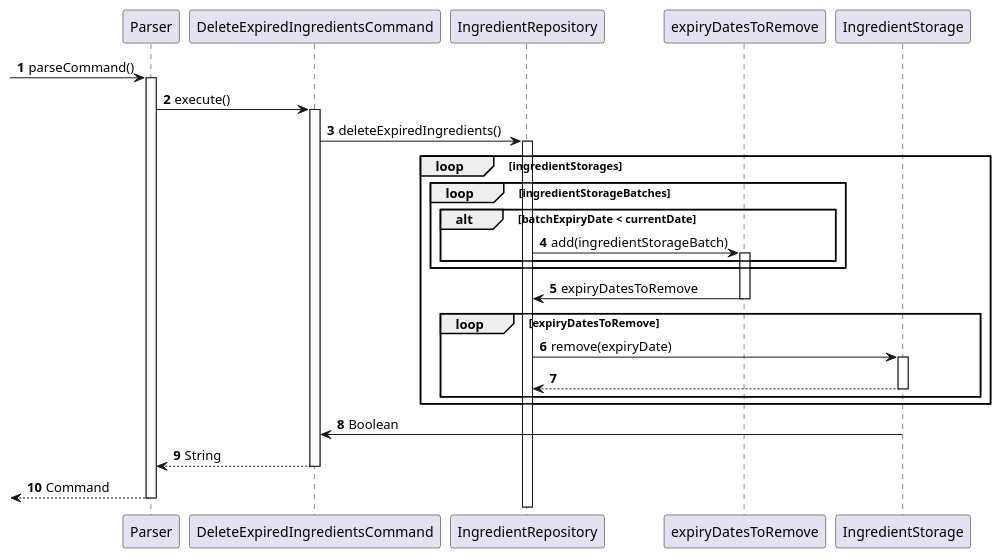
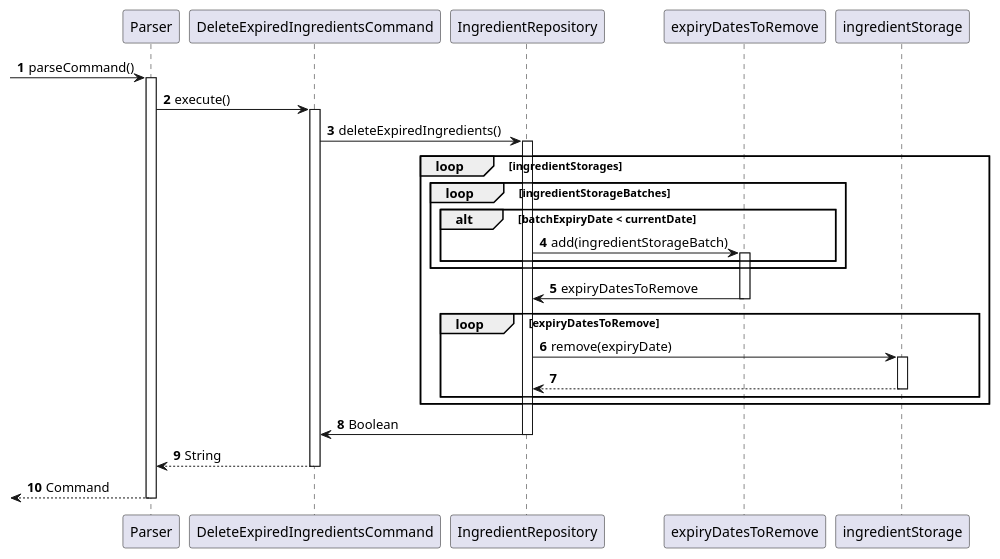
The diagram in docs/diagrams/DeleteExpiredIngredients.puml (nus-cs2113-AY2122S1/tp), drawn with PlantUML before and after one commit. The commit also changed 8 other files, not shown here.

Commit message:
Update sequence diagram for DeleteExpiredIngredients Update  sequence diagram for List Update  sequence diagram for ListIngredientsExpired Update sequence diagram for ShoppingList Update  sequence diagram for UpdateUnits Update sequence diagram for ViewIngredient

```diff
--- a/docs/diagrams/DeleteExpiredIngredients.puml
+++ b/docs/diagrams/DeleteExpiredIngredients.puml
@@ -1,52 +1,53 @@
 @startuml
 'https://plantuml.com/sequence-diagram
 
 autonumber
 
  -> Parser: parseCommand()
 activate Parser
 
 Parser -> DeleteExpiredIngredientsCommand: execute()
 activate DeleteExpiredIngredientsCommand
 
 DeleteExpiredIngredientsCommand -> IngredientRepository: deleteExpiredIngredients()
 activate IngredientRepository
 
 loop ingredientStorages
+
 
     loop ingredientStorageBatches
 
         alt batchExpiryDate < currentDate
 
             IngredientRepository -> expiryDatesToRemove: add(ingredientStorageBatch)
             activate expiryDatesToRemove
 
         end
 
     end
 
     expiryDatesToRemove -> IngredientRepository: expiryDatesToRemove
     deactivate expiryDatesToRemove
 
     loop expiryDatesToRemove
 
-        IngredientRepository -> IngredientStorage: remove(expiryDate)
-        activate IngredientStorage
+        IngredientRepository -> ingredientStorage: remove(expiryDate)
+        activate ingredientStorage
 
-        IngredientStorage --> IngredientRepository
-        deactivate IngredientStorage
+        ingredientStorage --> IngredientRepository
+        deactivate ingredientStorage
 
     end
 
 end
 
-IngredientStorage -> DeleteExpiredIngredientsCommand: Boolean
-deactivate IngredientStorage
+IngredientRepository -> DeleteExpiredIngredientsCommand: Boolean
+deactivate IngredientRepository
 
 DeleteExpiredIngredientsCommand --> Parser: String
 deactivate DeleteExpiredIngredientsCommand
 
 <-- Parser: Command
 deactivate Parser
 
 @enduml
```
